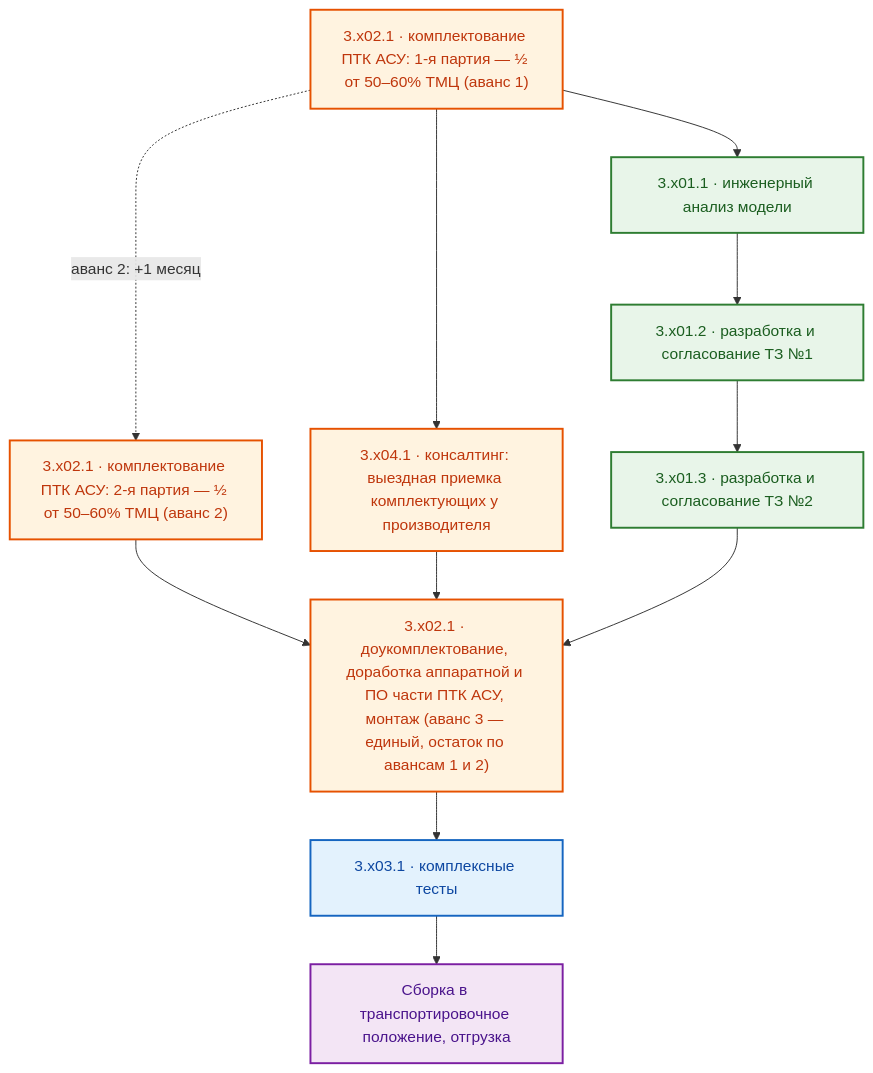
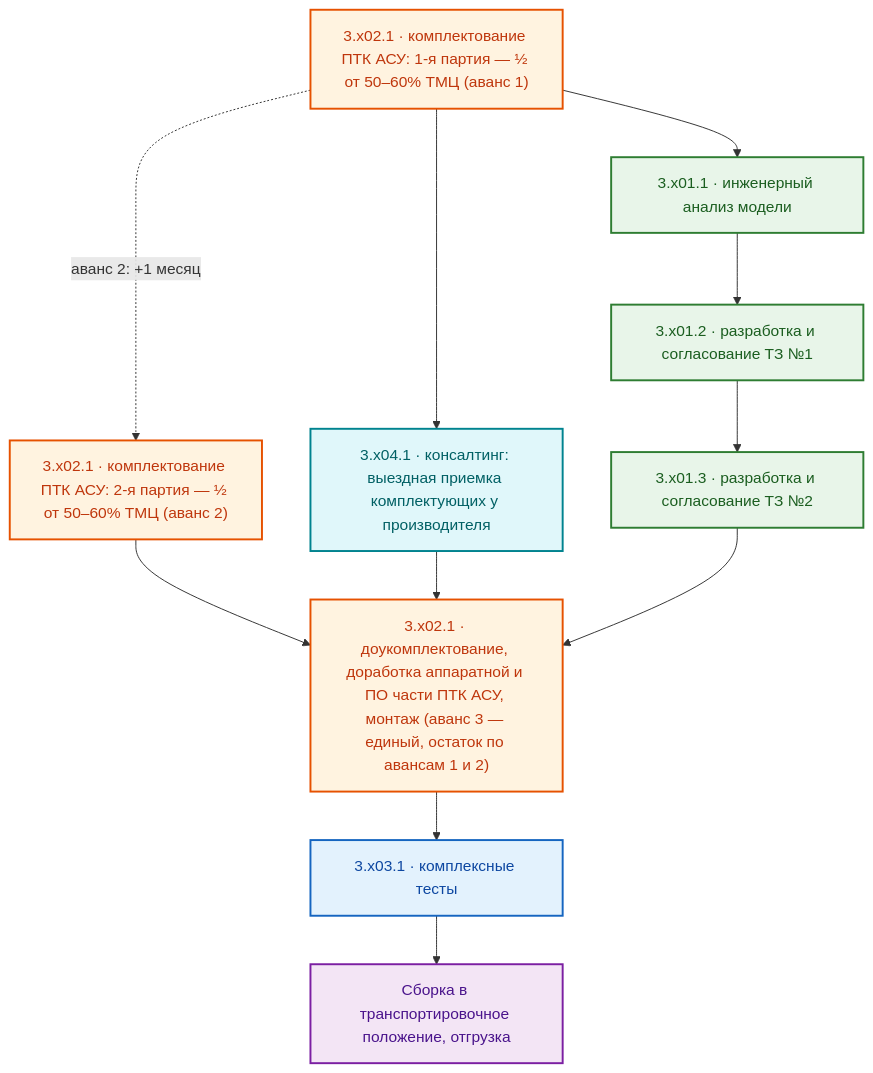
One commit to Konkery/Project-8_2026-N0-HORIZON changed the fifth of 5 diagrams in 04__Договор/pre-contract-negotiations.md. Above: the diagram before and after it, drawn with Mermaid. The commit also changed other lines of this file and 3 other files, not shown here.

````diff
--- a/04__Договор/pre-contract-negotiations.md
+++ b/04__Договор/pre-contract-negotiations.md
@@ -494,19 +504,20 @@
 ```mermaid
 flowchart TD
     classDef storage fill:#E3F2FD,stroke:#1565C0,stroke-width:2px,color:#0D47A1;
     classDef engine  fill:#FFF3E0,stroke:#E65100,stroke-width:2px,color:#BF360C;
     classDef lib     fill:#E8F5E9,stroke:#2E7D32,stroke-width:2px,color:#1B5E20;
     classDef output  fill:#F3E5F5,stroke:#7B1FA2,stroke-width:2px,color:#4A148C;
+    classDef consult fill:#E0F7FA,stroke:#00838F,stroke-width:2px,color:#006064;
 
     A1["3.x02.1 · комплектование ПТК АСУ: 1-я партия — ½ от 50–60% ТМЦ (аванс 1)"]:::engine --> B
-    A1 --> K[3.x04.1 · консалтинг: выездная приемка комплектующих у производителя]:::engine
+    A1 --> K[3.x04.1 · консалтинг: выездная приемка комплектующих у производителя]:::consult
     A1 -. "аванс 2: +1 месяц" .-> A2
     A2["3.x02.1 · комплектование ПТК АСУ: 2-я партия — ½ от 50–60% ТМЦ (аванс 2)"]:::engine --> E
     K --> E
     B[3.x01.1 · инженерный анализ модели]:::lib --> C
     C[3.x01.2 · разработка и согласование ТЗ №1]:::lib --> D
     D[3.x01.3 · разработка и согласование ТЗ №2]:::lib --> E
     E["3.x02.1 · доукомплектование, доработка аппаратной и ПО части ПТК АСУ, монтаж (аванс 3 — единый, остаток по авансам 1 и 2)"]:::engine --> F
     F[3.x03.1 · комплексные тесты]:::storage --> G
     G[Сборка в транспортировочное положение, отгрузка]:::output
 ```
````
